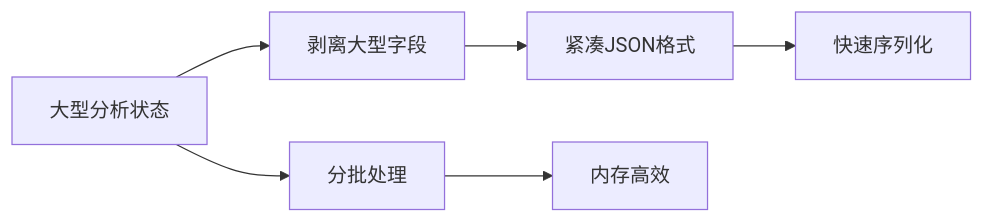
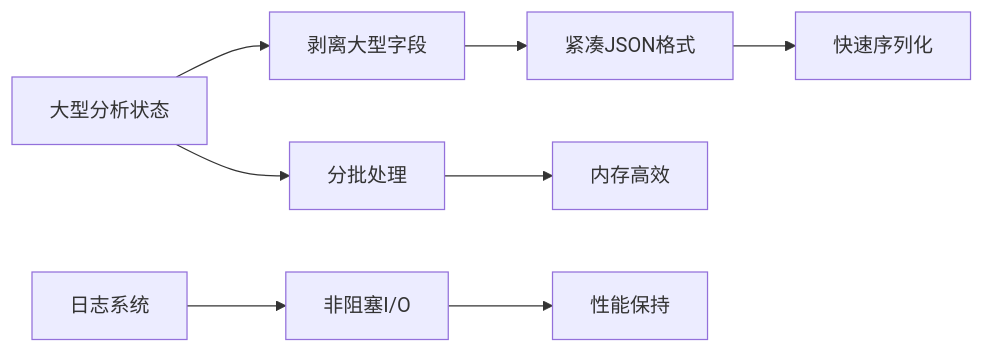
One commit to brand-new-remo/frontend-impact-analyzer changed diagram 14 of 15 in .qoder/repowiki/zh/content/Workflow Management.md. Above: the diagram before and after it, drawn with Mermaid. The commit also changed other lines of this file and 7 other files, not shown here.

````diff
--- a/.qoder/repowiki/zh/content/Workflow Management.md
+++ b/.qoder/repowiki/zh/content/Workflow Management.md
@@ -409,8 +483,10 @@
 ```mermaid
 flowchart LR
 LargeState[大型分析状态] --> Strip[剥离大型字段]
 Strip --> CompactJSON[紧凑JSON格式]
 CompactJSON --> FastIO[快速序列化]
 LargeState --> BatchProcessing[分批处理]
 BatchProcessing --> MemoryEfficient[内存高效]
+LogSystem[日志系统] --> NonBlockingIO[非阻塞I/O]
+NonBlockingIO --> PerformanceMaintained[性能保持]
 ```
````
